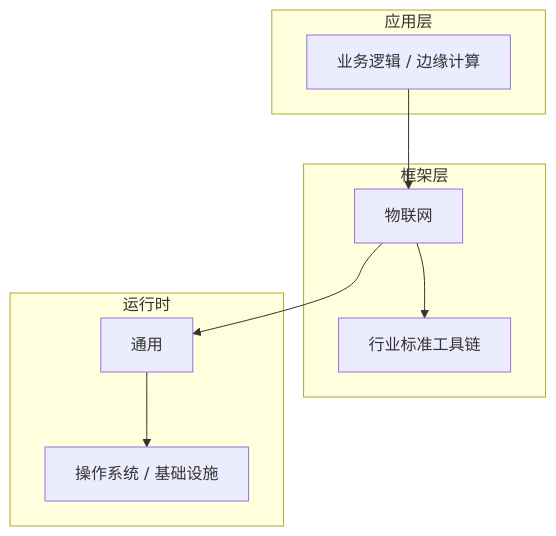
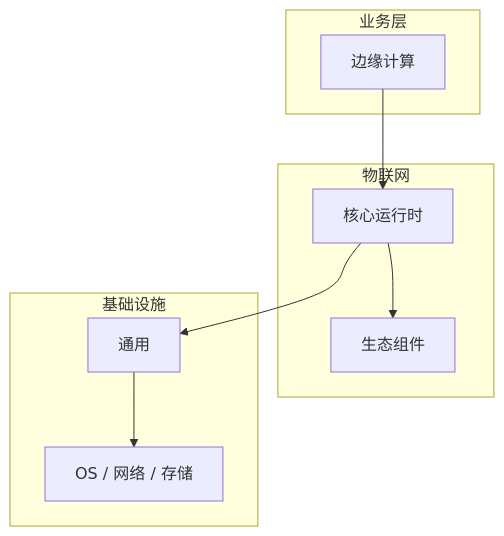
The diagram in articles/物联网/chapters/041-边缘计算核心概念与原理.md (yanggan2015/knowledge-json-v2), drawn with Mermaid before and after one commit. The commit also changed other lines of this file and 10127 other files, not shown here.

````diff
--- a/articles/物联网/chapters/041-边缘计算核心概念与原理.md
+++ b/articles/物联网/chapters/041-边缘计算核心概念与原理.md
@@ -45,18 +30,18 @@
 ```mermaid
 graph TB
-    subgraph 应用层
-        A[业务逻辑 / 边缘计算]
+    subgraph 业务层
+        A[边缘计算]
     end
-    subgraph 框架层
-        B[物联网]
-        C[行业标准工具链]
+    subgraph 物联网
+        B[核心运行时]
+        C[生态组件]
     end
-    subgraph 运行时
+    subgraph 基础设施
         D[通用]
-        E[操作系统 / 基础设施]
+        E[OS / 网络 / 存储]
     end
     A --> B
     B --> C
     B --> D
     D --> E
 ```
````
